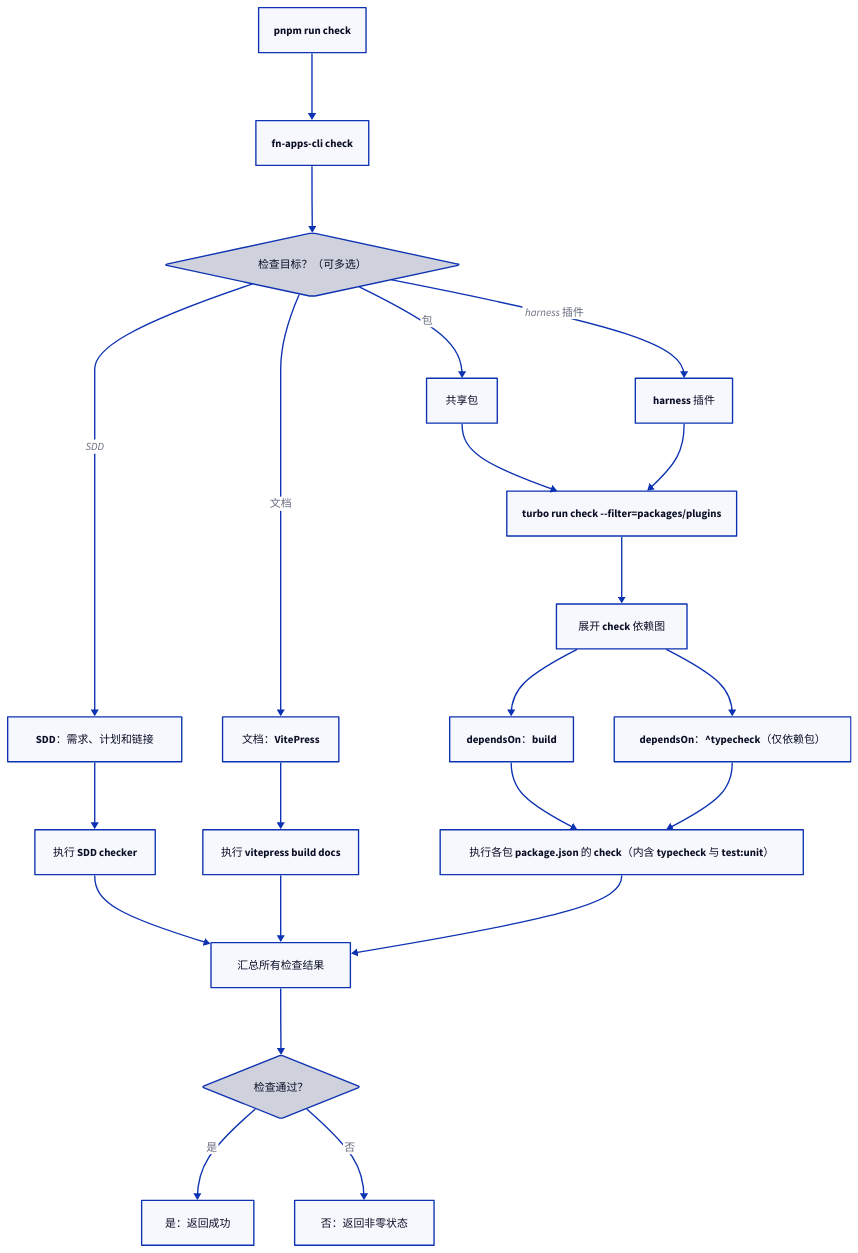
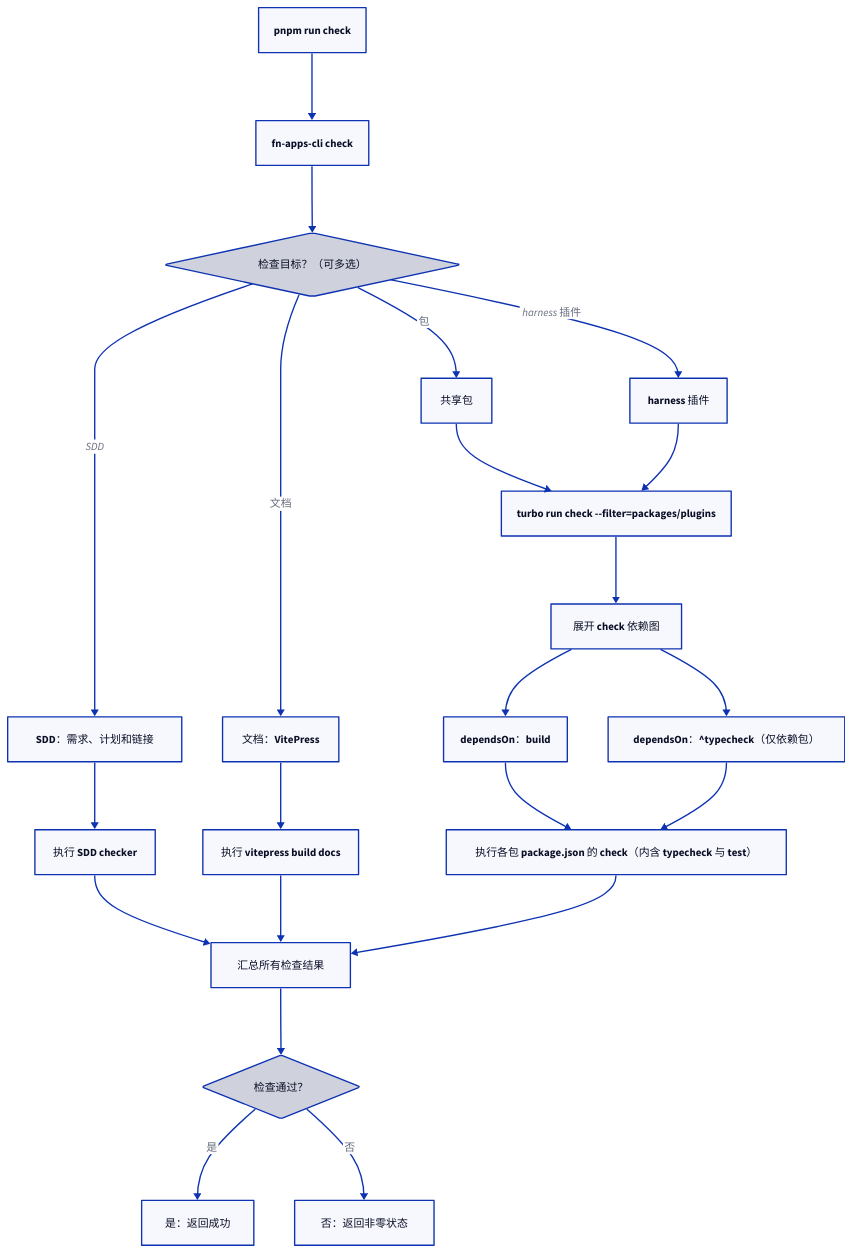
The seventh of 13 diagrams in docs/development/package-tasks-and-turbo.md (tnnevol/fn-os-apps), drawn with D2 before and after one commit. The commit also changed other lines of this file and 11 other files, not shown here.

Commit message:
refactor(test): drop test:unit alias and standardize on test

````diff
--- a/docs/development/package-tasks-and-turbo.md
+++ b/docs/development/package-tasks-and-turbo.md
@@ -271,47 +270,47 @@
 ```d2
 direction: down
 
 command: "pnpm run check"
 cli: "fn-apps-cli check"
 select: {
   label: "检查目标？（可多选）"
   shape: diamond
 }
 sdd: "SDD：需求、计划和链接"
 docs: "文档：VitePress"
 packages: "共享包"
 plugins: "harness 插件"
 directSdd: "执行 SDD checker"
 directDocs: "执行 vitepress build docs"
 turbo: "turbo run check --filter=packages/plugins"
 turboGraph: "展开 check 依赖图"
 build: "dependsOn：build"
 typecheck: "dependsOn：^typecheck（仅依赖包）"
-checkRun: "执行各包 package.json 的 check（内含 typecheck 与 test:unit）"
+checkRun: "执行各包 package.json 的 check（内含 typecheck 与 test）"
 summary: "汇总所有检查结果"
 status: {
   label: "检查通过？"
   shape: diamond
 }
 result: "是：返回成功"
 fail: "否：返回非零状态"
 
 command -> cli -> select
 select -> sdd: SDD
 select -> docs: 文档
 select -> packages: 包
 select -> plugins: harness 插件
 sdd -> directSdd -> summary
 docs -> directDocs -> summary
 packages -> turbo
 plugins -> turbo
 turbo -> turboGraph
 turboGraph -> build
 turboGraph -> typecheck
 build -> checkRun
 typecheck -> checkRun
 checkRun -> summary
 summary -> status
 status -> result: 是
 status -> fail: 否
 ```
````
